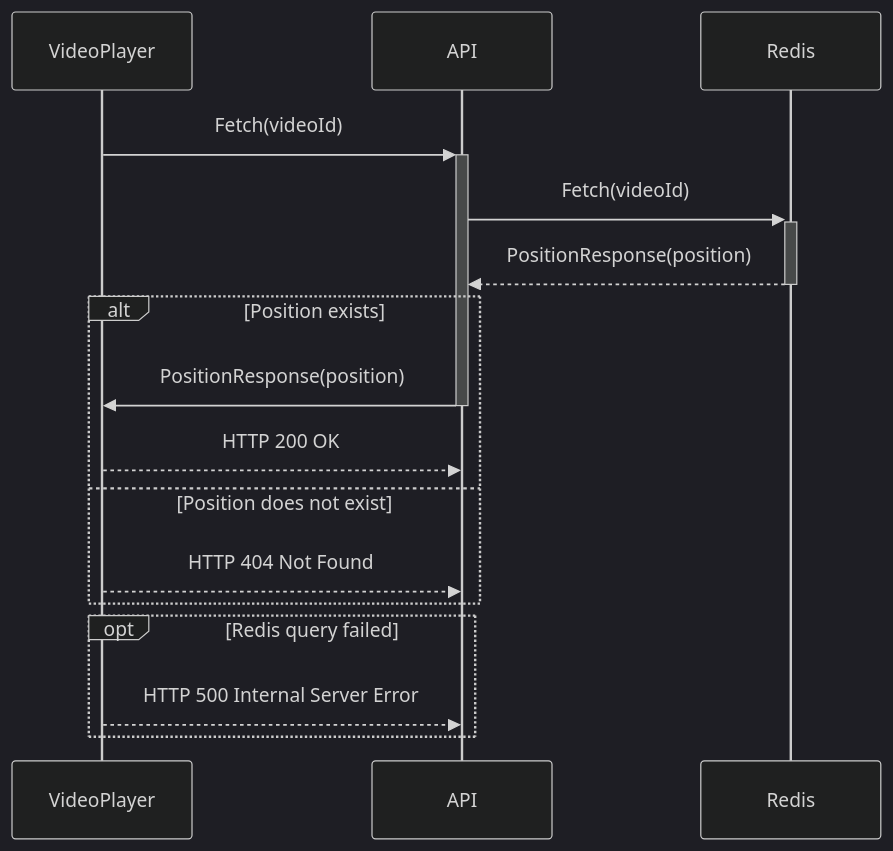
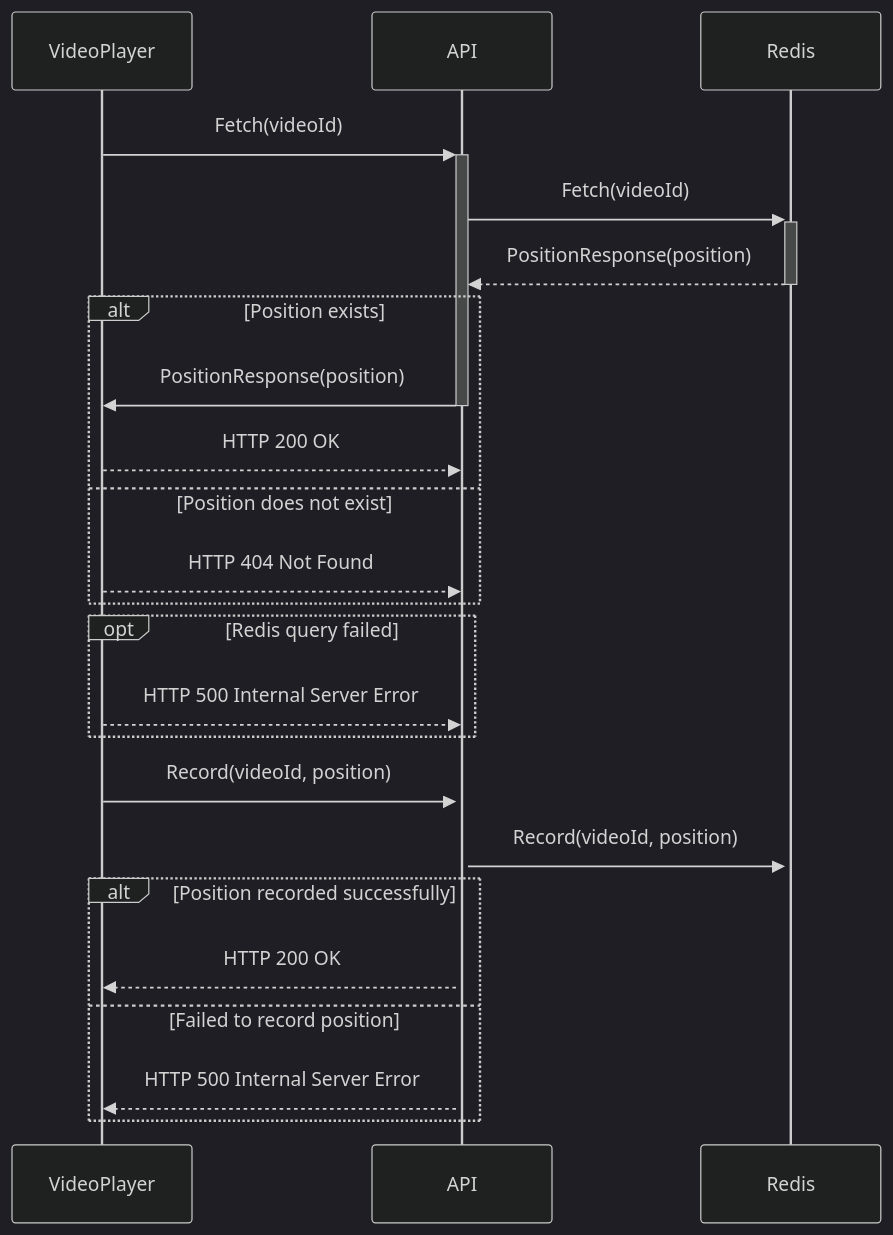
Before and after one commit to learn-video/continue-watching-api: the diagram in README.md, drawn with Mermaid (dark theme).

Commit message:
Add Record action in the diagram

````diff
--- a/README.md
+++ b/README.md
@@ -4,19 +4,27 @@
 ```mermaid
 sequenceDiagram
     participant VideoPlayer
     participant API
     participant Redis
 
     VideoPlayer->>+API: Fetch(videoId)
     API->>+Redis: Fetch(videoId)
     Redis-->>-API: PositionResponse(position)
     alt Position exists
         API->>-VideoPlayer: PositionResponse(position)
         VideoPlayer-->>API: HTTP 200 OK
     else Position does not exist
         VideoPlayer-->>API: HTTP 404 Not Found
     end
     opt Redis query failed
         VideoPlayer-->>API: HTTP 500 Internal Server Error
     end
+
+    VideoPlayer->>+API: Record(videoId, position)
+    API->>+Redis: Record(videoId, position)
+    alt Position recorded successfully
+        API-->>VideoPlayer: HTTP 200 OK
+    else Failed to record position
+        API-->>VideoPlayer: HTTP 500 Internal Server Error
+    end
 ```
````
